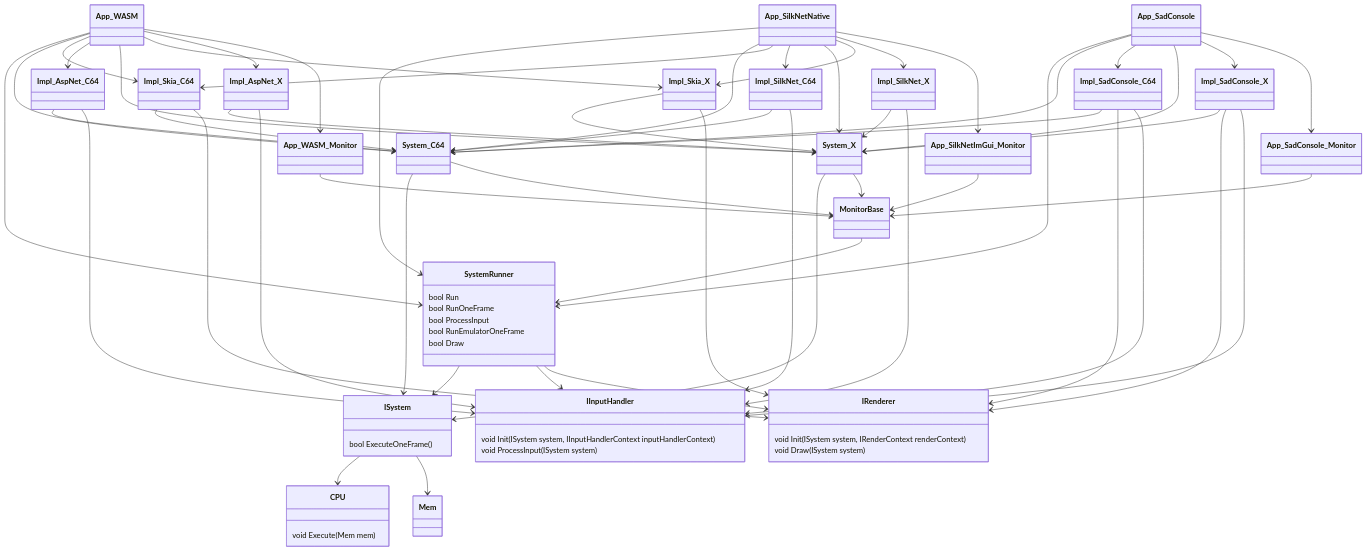
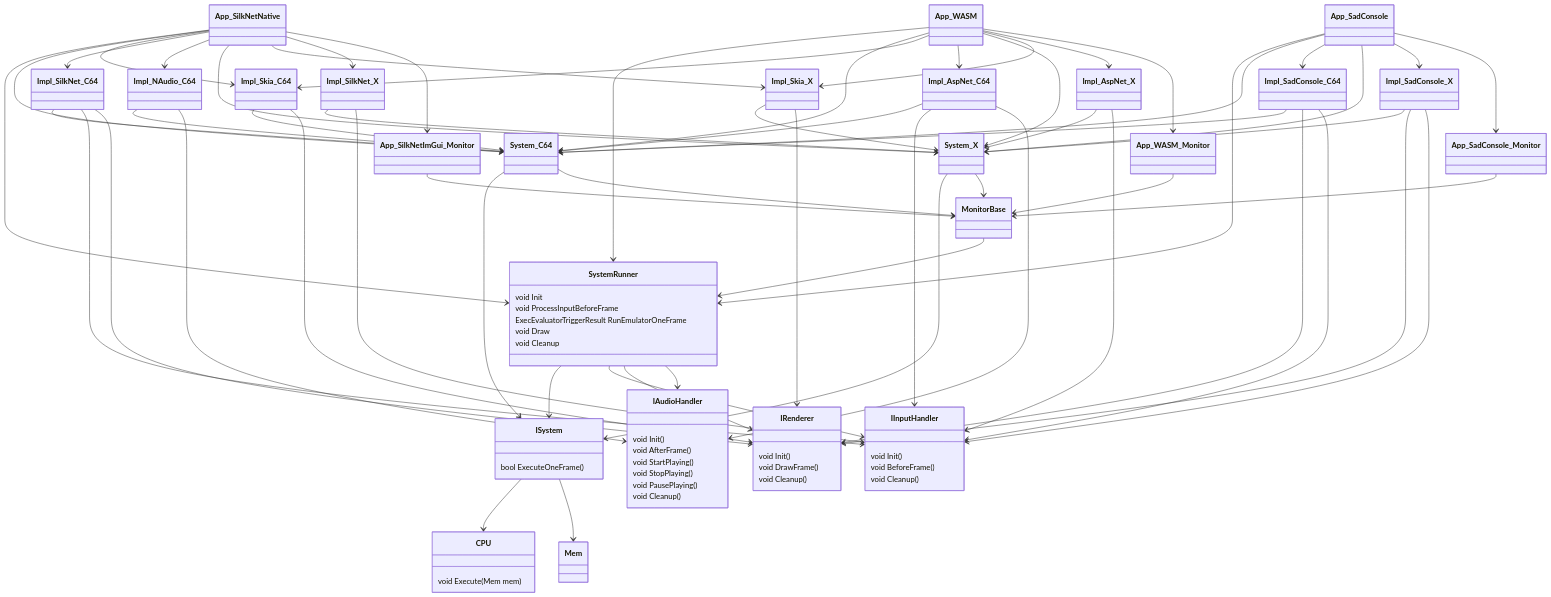
One commit to highbyte/dotnet-6502 changed the diagram in doc/SYSYEM_DIAGRAM.md. Above: the diagram before and after it, drawn with Mermaid. The commit also changed other lines of this file and 51 other files, not shown here.

````diff
--- a/doc/SYSYEM_DIAGRAM.md
+++ b/doc/SYSYEM_DIAGRAM.md
@@ -17,6 +17,7 @@
 App_SilkNetNative --> System_C64
 App_SilkNetNative --> Impl_Skia_C64
 App_SilkNetNative --> Impl_SilkNet_C64
+App_SilkNetNative --> Impl_NAudio_C64
 App_SilkNetNative --> System_X
 App_SilkNetNative --> Impl_Skia_X
 App_SilkNetNative --> Impl_SilkNet_X
@@ -43,14 +44,20 @@
 Impl_SilkNet_C64
 Impl_SilkNet_C64 --> System_C64
 Impl_SilkNet_C64 --> IInputHandler
+Impl_SilkNet_C64 --> IRenderer
 
 Impl_SilkNet_X
 Impl_SilkNet_X --> System_X
 Impl_SilkNet_X --> IInputHandler
 
+Impl_NAudio_C64
+Impl_NAudio_C64 --> System_C64
+Impl_NAudio_C64 --> IAudioHandler
+
 Impl_AspNet_C64
 Impl_AspNet_C64 --> System_C64
 Impl_AspNet_C64 --> IInputHandler
+Impl_AspNet_C64 --> IAudioHandler
 
 Impl_AspNet_X
 Impl_AspNet_X --> System_X
@@ -81,11 +88,12 @@
 SystemRunner --> ISystem
 SystemRunner --> IInputHandler
 SystemRunner --> IRenderer
-SystemRunner : bool Run
-SystemRunner : bool RunOneFrame
-SystemRunner : bool ProcessInput
-SystemRunner : bool RunEmulatorOneFrame
-SystemRunner : bool Draw
+SystemRunner --> IAudioHandler
+SystemRunner : void Init
+SystemRunner : void ProcessInputBeforeFrame
+SystemRunner : ExecEvaluatorTriggerResult RunEmulatorOneFrame
+SystemRunner : void Draw
+SystemRunner : void Cleanup
 
 ISystem
 ISystem --> CPU
@@ -96,10 +104,21 @@
 CPU : void Execute(Mem mem)
 
 IRenderer
-IRenderer : void Init(ISystem system, IRenderContext renderContext)
-IRenderer : void Draw(ISystem system)
+IRenderer : void Init()
+IRenderer : void DrawFrame()
+IRenderer : void Cleanup()
 
 IInputHandler
-IInputHandler : void Init(ISystem system, IInputHandlerContext inputHandlerContext)
-IInputHandler : void ProcessInput(ISystem system)
+IInputHandler : void Init()
+IInputHandler : void BeforeFrame()
+IInputHandler : void Cleanup()
+
+IAudioHandler
+IAudioHandler : void Init()
+IAudioHandler : void AfterFrame()
+IAudioHandler : void StartPlaying()
+IAudioHandler : void StopPlaying()
+IAudioHandler : void PausePlaying()
+IAudioHandler : void Cleanup()
+
 ```
````
